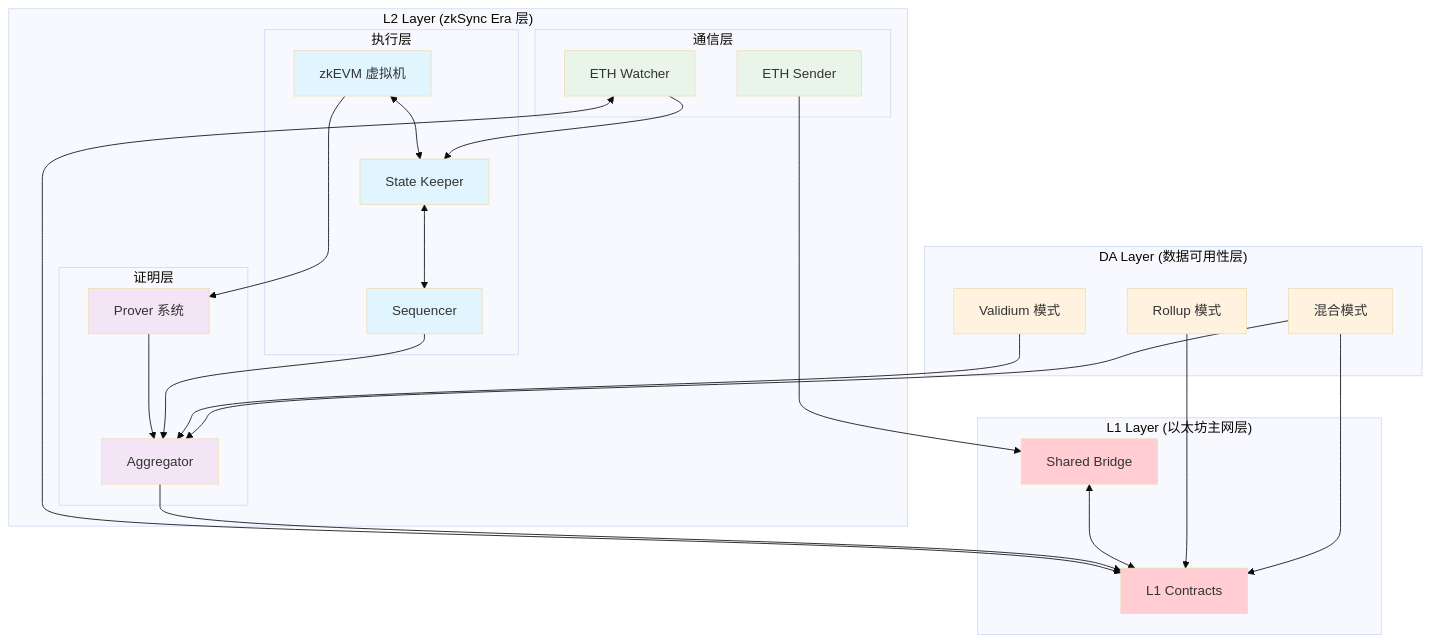
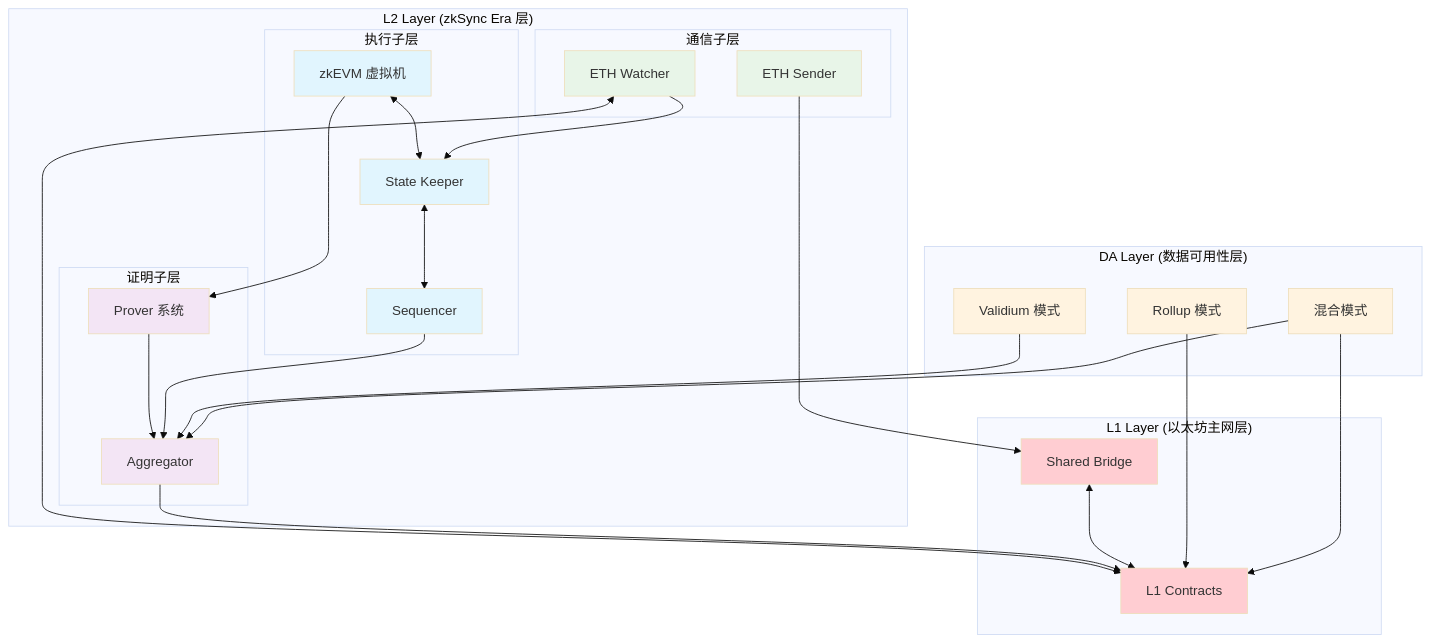
The diagram in 01-Notes/区块链/二层网络/zkstack/02_核心模块分析.md (dreamer-zq/Obsidian-vault), drawn with Mermaid (base theme) before and after one commit. The commit also changed other lines of this file and 3 other files, not shown here.

````diff
--- a/01-Notes/区块链/二层网络/zkstack/02_核心模块分析.md
+++ b/01-Notes/区块链/二层网络/zkstack/02_核心模块分析.md
@@ -163,63 +163,63 @@
 ```mermaid
 graph TB
     subgraph "L1 Layer (以太坊主网层)"
         L1A[L1 Contracts]
         L1B[Shared Bridge]
     end
     
     subgraph "L2 Layer (zkSync Era 层)"
-        subgraph "执行层"
+        subgraph "执行子层"
             L2A[zkEVM 虚拟机]
             L2B[State Keeper]
             L2C[Sequencer]
         end
         
-        subgraph "证明层"
+        subgraph "证明子层"
             L2D[Prover 系统]
             L2E[Aggregator]
         end
         
-        subgraph "通信层"
+        subgraph "通信子层"
             L2F[ETH Watcher]
             L2G[ETH Sender]
         end
     end
     
     subgraph "DA Layer (数据可用性层)"
         DA1[Rollup 模式]
         DA2[Validium 模式]
         DA3[混合模式]
     end
     
     %% L2 内部关系
     L2A <--> L2B
     L2B <--> L2C
     L2A --> L2D
     L2D --> L2E
     L2F --> L2B
     L2C --> L2E
     
     %% L1-L2 关系
     L2F <--> L1A
     L2E --> L1A
     L1B <--> L1A
     L2G --> L1B
     
     %% DA 关系
     DA1 --> L1A
     DA2 --> L2E
     DA3 --> L1A
     DA3 --> L2E
     
     classDef l1 fill:#ffcdd2
     classDef l2exec fill:#e1f5fe
     classDef l2proof fill:#f3e5f5
     classDef l2comm fill:#e8f5e8
     classDef da fill:#fff3e0
     
     class L1A,L1B l1
     class L2A,L2B,L2C l2exec
     class L2D,L2E l2proof
     class L2F,L2G l2comm
     class DA1,DA2,DA3 da
 ```
````
